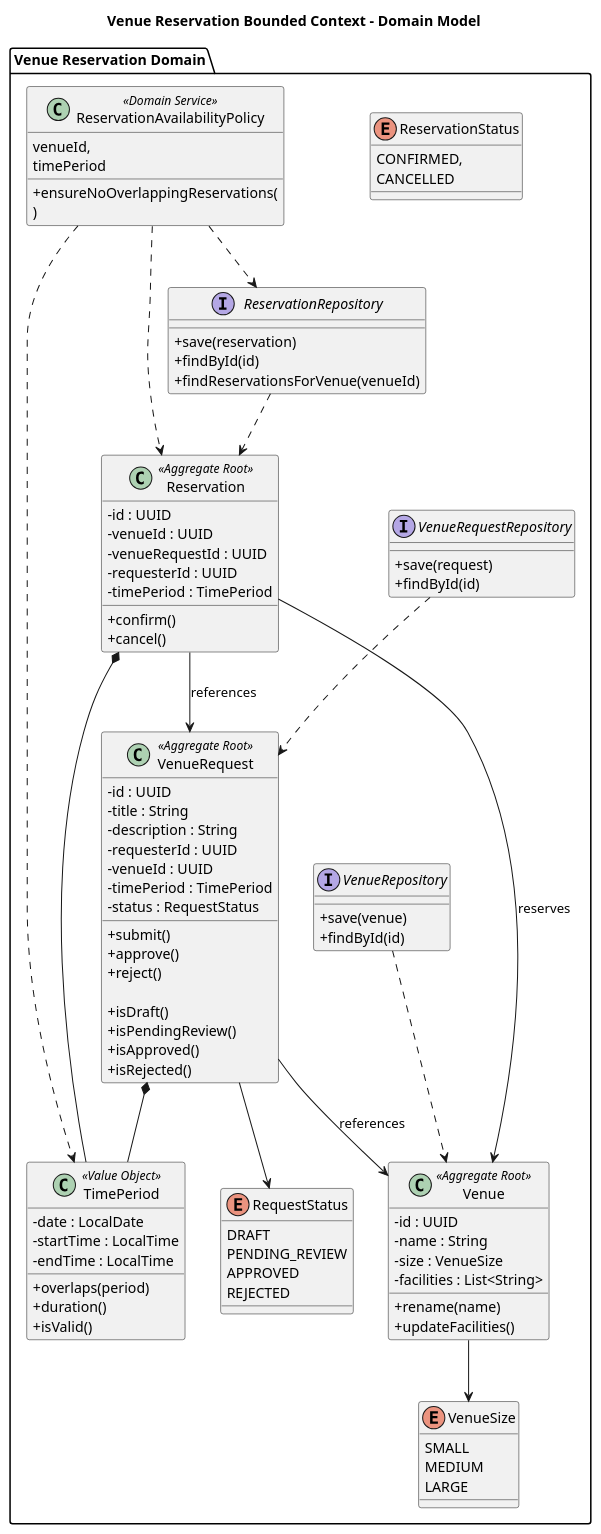
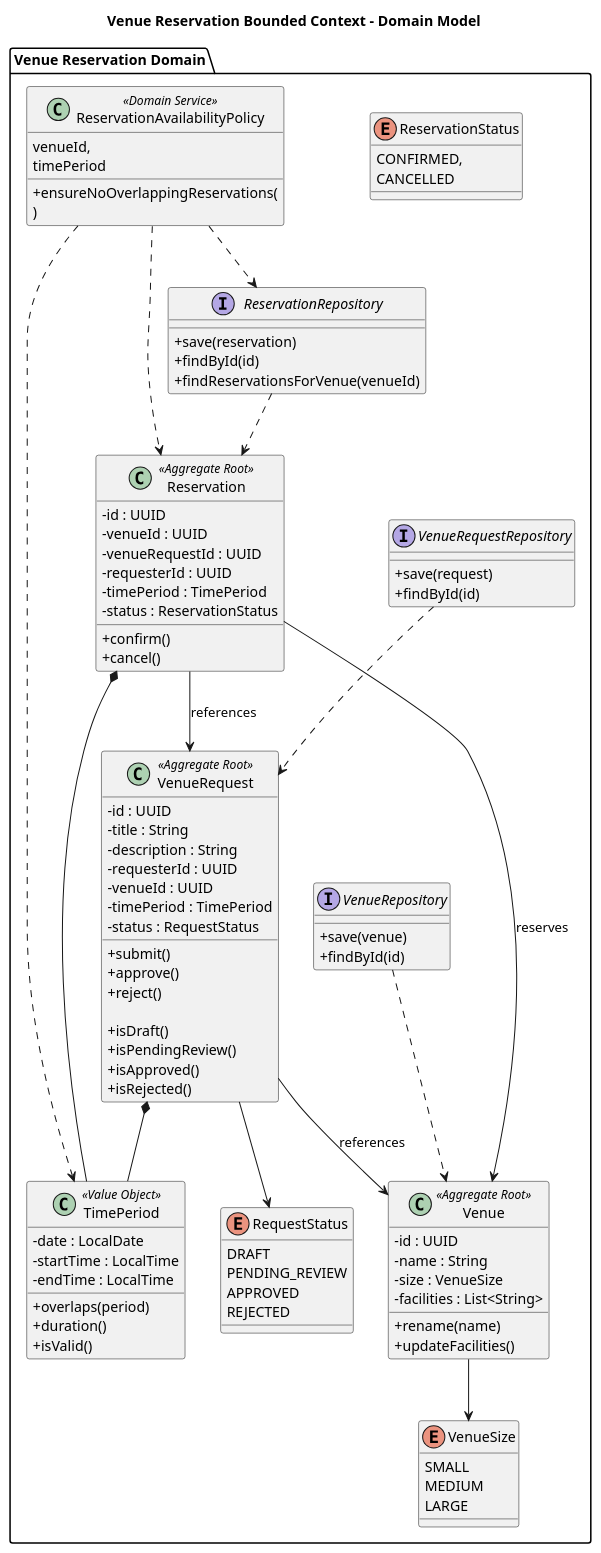
One commit to mirukibs/Venue-Request changed the diagram in documentation/VenueReservation.puml. Above: the diagram before and after it, drawn with PlantUML. The commit also changed 3 other files, not shown here.

```diff
--- a/documentation/VenueReservation.puml
+++ b/documentation/VenueReservation.puml
@@ -1,144 +1,145 @@
 @startuml Venue Reservation Bounded Context - Domain Model
 title Venue Reservation Bounded Context - Domain Model
 
 skinparam classAttributeIconSize 0
 
 package "Venue Reservation Domain" {
 
 '=========================
 ' Aggregate Roots
 '=========================
 
 class VenueRequest <<Aggregate Root>> {
     - id : UUID
     - title : String
     - description : String
     - requesterId : UUID
     - venueId : UUID
     - timePeriod : TimePeriod
     - status : RequestStatus
 
     + submit()
     + approve()
     + reject()
 
     + isDraft()
     + isPendingReview()
     + isApproved()
     + isRejected()
 }
 
 class Reservation <<Aggregate Root>> {
     - id : UUID
     - venueId : UUID
     - venueRequestId : UUID
     - requesterId : UUID
     - timePeriod : TimePeriod
+    - status : ReservationStatus
 
     + confirm()
     + cancel()
 }
 
 class Venue <<Aggregate Root>> {
     - id : UUID
     - name : String
     - size : VenueSize
     - facilities : List<String>
 
     + rename(name)
     + updateFacilities()
 }
 
 '=========================
 ' Value Objects
 '=========================
 
 class TimePeriod <<Value Object>> {
     - date : LocalDate
     - startTime : LocalTime
     - endTime : LocalTime
 
     + overlaps(period)
     + duration()
     + isValid()
 }
 
 '=========================
 ' Enumerations
 '=========================
 
 enum RequestStatus {
     DRAFT
     PENDING_REVIEW
     APPROVED
     REJECTED
 }
 
 enum VenueSize {
     SMALL
     MEDIUM
     LARGE
 }
 
 enum ReservationStatus {
     CONFIRMED,
     CANCELLED
 }
 
 '=========================
 ' Domain Service
 '=========================
 
 class ReservationAvailabilityPolicy <<Domain Service>> {
     + ensureNoOverlappingReservations(
         venueId,
         timePeriod
     )
 }
 
 '=========================
 ' Repository Interfaces
 '=========================
 
 interface VenueRequestRepository {
     + save(request)
     + findById(id)
 }
 
 interface ReservationRepository {
     + save(reservation)
     + findById(id)
     + findReservationsForVenue(venueId)
 }
 
 interface VenueRepository {
     + save(venue)
     + findById(id)
 }
 
 }
 
 '=========================
 ' Relationships
 '=========================
 
 VenueRequest *-- TimePeriod
 Reservation *-- TimePeriod
 
 Venue --> VenueSize
 
 VenueRequest --> RequestStatus
 
 Reservation --> VenueRequest : references
 VenueRequest --> Venue : references
 Reservation --> Venue : reserves
 
 ReservationAvailabilityPolicy ..> ReservationRepository
 ReservationAvailabilityPolicy ..> Reservation
 ReservationAvailabilityPolicy ..> TimePeriod
 
 VenueRequestRepository ..> VenueRequest
 ReservationRepository ..> Reservation
 VenueRepository ..> Venue
 
 @enduml
```
